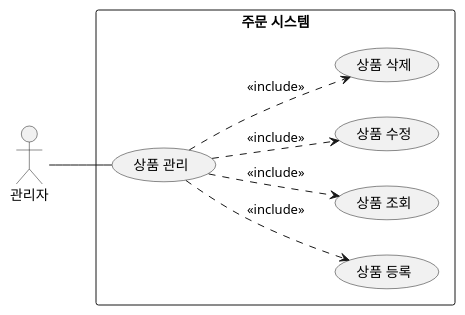
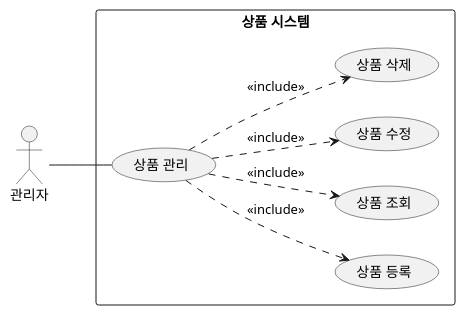
Diagram 11 of 19 in courses/ooad/sessions/s02.md (YoungSan77/TrainingMaterials), drawn with PlantUML before and after one commit. The commit also changed other lines of this file and 11 other files, not shown here.

````diff
--- a/courses/ooad/sessions/s02.md
+++ b/courses/ooad/sessions/s02.md
@@ -1024,18 +1094,18 @@
 ```plantuml:usecase
 @startuml
 left to right direction
 actor "관리자" as A
-rectangle "주문 시스템" {
+rectangle "상품 시스템" {
   usecase "상품 관리" as M
   usecase "상품 등록" as R
   usecase "상품 조회" as Q
   usecase "상품 수정" as U
   usecase "상품 삭제" as D
   M ..> R : <<include>>
   M ..> Q : <<include>>
   M ..> U : <<include>>
   M ..> D : <<include>>
 }
 A -- M
 @enduml
 ```
````
